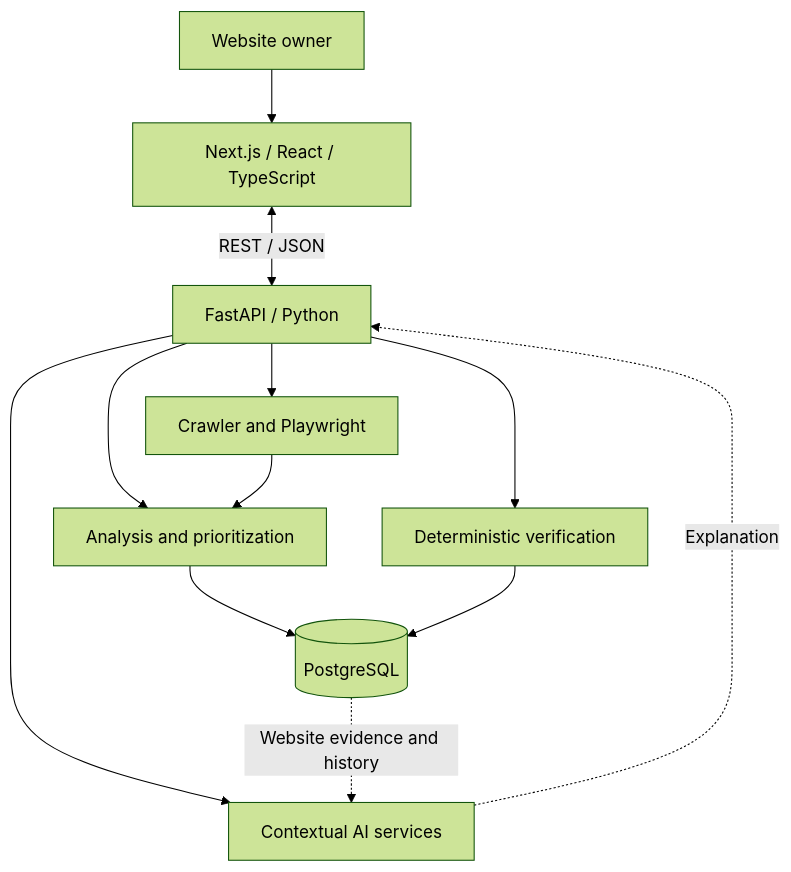
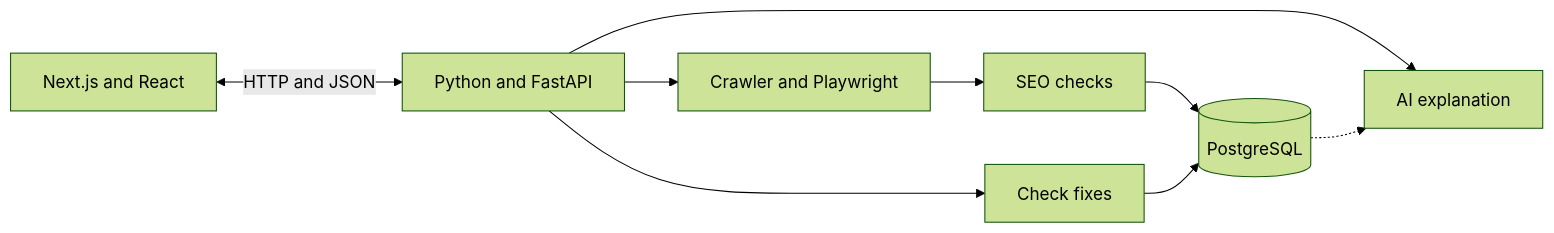
One commit to aravind9154/COPLIT-Portfolio changed the second of 2 diagrams in README.md. Above: the diagram before and after it, drawn with Mermaid (forest theme). The commit also changed other lines of this file, not shown here.

````diff
--- a/README.md
+++ b/README.md
@@ -53,14 +37,11 @@
 ```mermaid
-flowchart TD
- U[Website owner] --> UI[Next.js / React / TypeScript]
- UI <-->|REST / JSON| API[FastAPI / Python]
+flowchart LR
+ UI[Next.js and React] <-->|HTTP and JSON| API[Python and FastAPI]
  API --> C[Crawler and Playwright]
- API --> A[Analysis and prioritization]
- C --> A
+ C --> A[SEO checks]
  A --> DB[(PostgreSQL)]
- API --> V[Deterministic verification]
+ API --> V[Check fixes]
  V --> DB
- API --> L[Contextual AI services]
- DB -. Website evidence and history .-> L
- L -. Explanation .-> API
+ API --> AI[AI explanation]
+ DB -.-> AI
 ```
````
